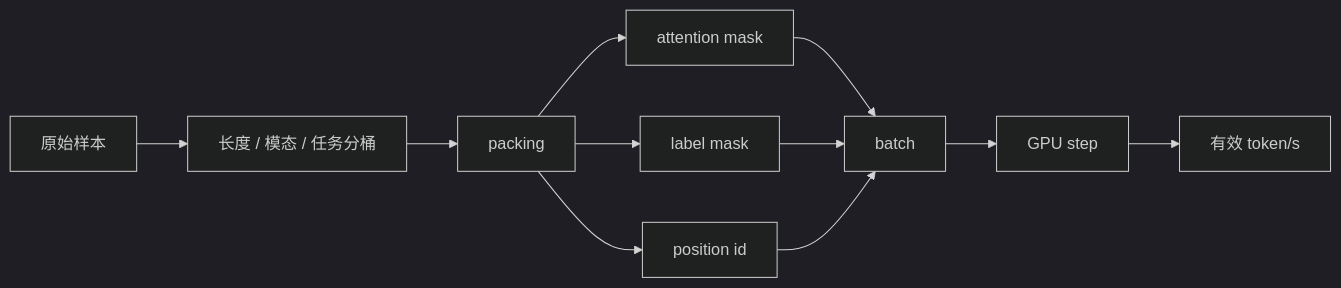
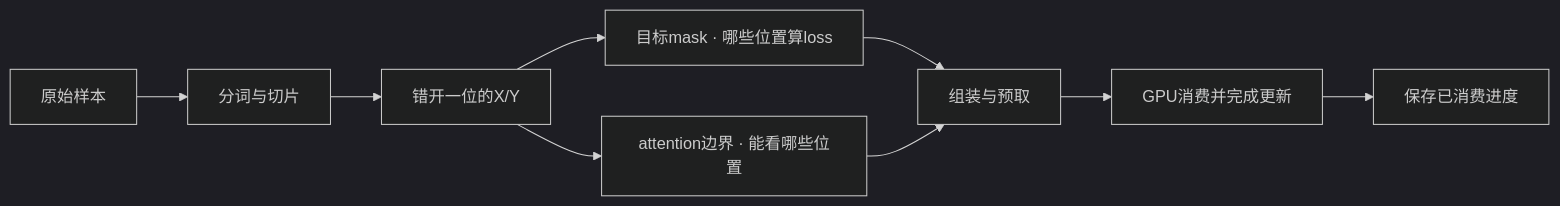
Before and after one commit to Charles2530/Charles-AI-notes: the diagram in files/training/input-pipelines-packing-and-throughput-governance.md, drawn with Mermaid (dark theme). The commit also changed other lines of this file and 954 other files, not shown here.

````diff
--- a/files/training/input-pipelines-packing-and-throughput-governance.md
+++ b/files/training/input-pipelines-packing-and-throughput-governance.md
@@ -41,13 +74,9 @@
 ```mermaid
 flowchart LR
-    A["原始样本"] --> B["长度 / 模态 / 任务分桶"]
-    B --> C["packing"]
-    C --> D["attention mask"]
-    C --> E["label mask"]
-    C --> F["position id"]
-    D --> G["batch"]
-    E --> G
-    F --> G
-    G --> H["GPU step"]
-    H --> I["有效 token/s"]
+  R["原始样本"] --> T["分词与切片"] --> XY["错开一位的X/Y"]
+  XY --> LM["目标mask · 哪些位置算loss"]
+  XY --> AM["attention边界 · 能看哪些位置"]
+  LM --> P["组装与预取"]
+  AM --> P
+  P --> C["GPU消费并完成更新"] --> K["保存已消费进度"]
 ```
````
